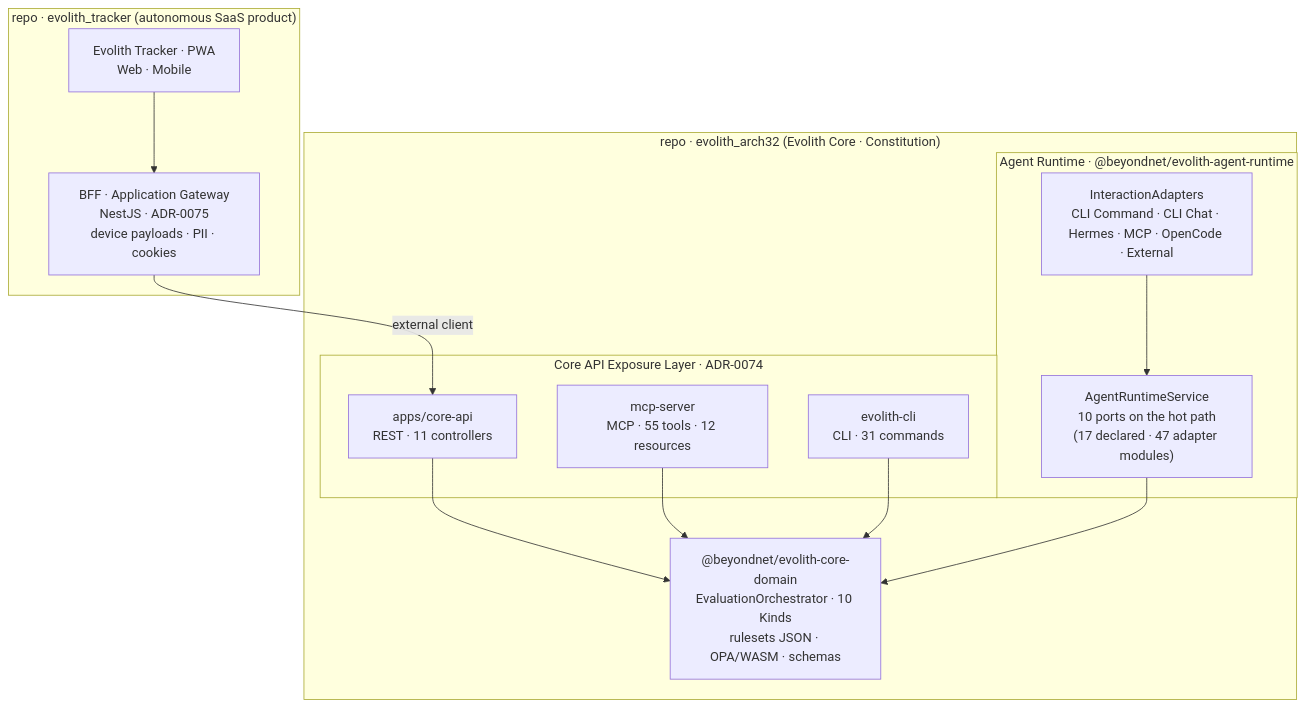
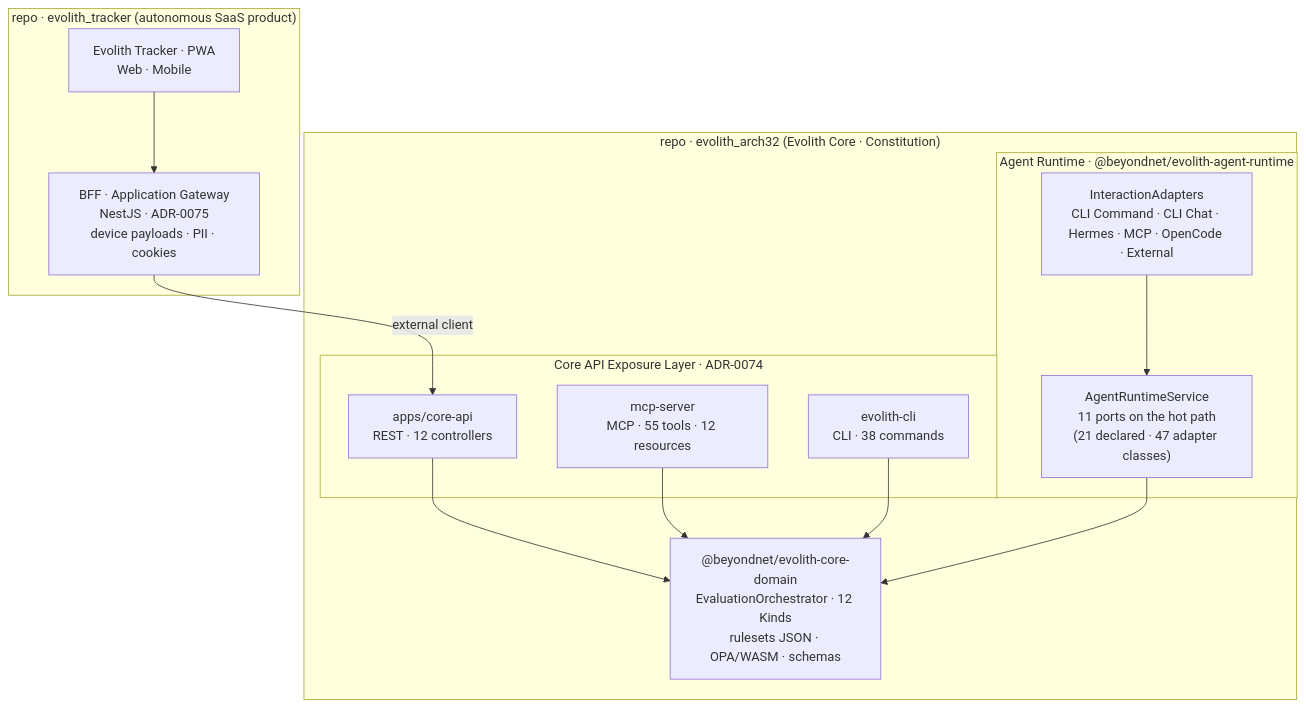
The diagram in product/suite/vision/evolith-product-vision-master.md (beyondnetcode/evolith_arch32), drawn with Mermaid before and after one commit. The commit also changed other lines of this file and 16 other files, not shown here.

````diff
--- a/product/suite/vision/evolith-product-vision-master.md
+++ b/product/suite/vision/evolith-product-vision-master.md
@@ -157,24 +166,24 @@
 ```mermaid
 flowchart TB
   subgraph TRK["repo · evolith_tracker (autonomous SaaS product)"]
     PWA["Evolith Tracker · PWA<br/>Web · Mobile"] --> BFF["BFF · Application Gateway<br/>NestJS · ADR-0075<br/>device payloads · PII · cookies"]
   end
   subgraph CORE["repo · evolith_arch32 (Evolith Core · Constitution)"]
     subgraph EXP["Core API Exposure Layer · ADR-0074"]
-      API["apps/core-api<br/>REST · 11 controllers"]
+      API["apps/core-api<br/>REST · 12 controllers"]
       MCP["mcp-server<br/>MCP · 55 tools · 12 resources"]
-      CLI["evolith-cli<br/>CLI · 31 commands"]
+      CLI["evolith-cli<br/>CLI · 38 commands"]
     end
     subgraph RT["Agent Runtime · @beyondnet/evolith-agent-runtime"]
-      ARS["AgentRuntimeService<br/>10 ports on the hot path<br/>(17 declared · 47 adapter modules)"]
+      ARS["AgentRuntimeService<br/>11 ports on the hot path<br/>(21 declared · 47 adapter classes)"]
       IA["InteractionAdapters<br/>CLI Command · CLI Chat · Hermes · MCP · OpenCode · External"]
     end
-    DOM["@beyondnet/evolith-core-domain<br/>EvaluationOrchestrator · 10 Kinds<br/>rulesets JSON · OPA/WASM · schemas"]
+    DOM["@beyondnet/evolith-core-domain<br/>EvaluationOrchestrator · 12 Kinds<br/>rulesets JSON · OPA/WASM · schemas"]
     API --> DOM
     MCP --> DOM
     CLI --> DOM
     ARS --> DOM
     IA --> ARS
   end
   BFF -->|external client| API
 ```
````
